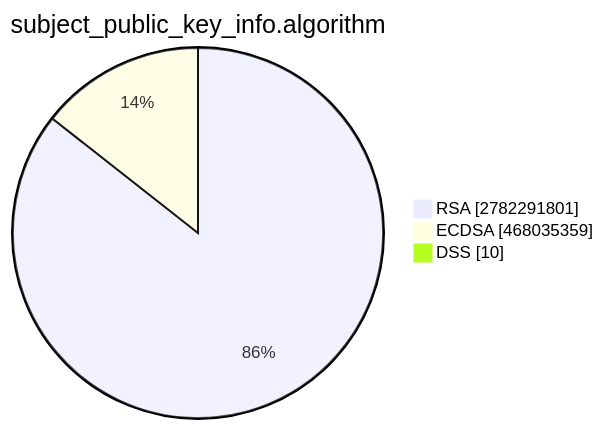
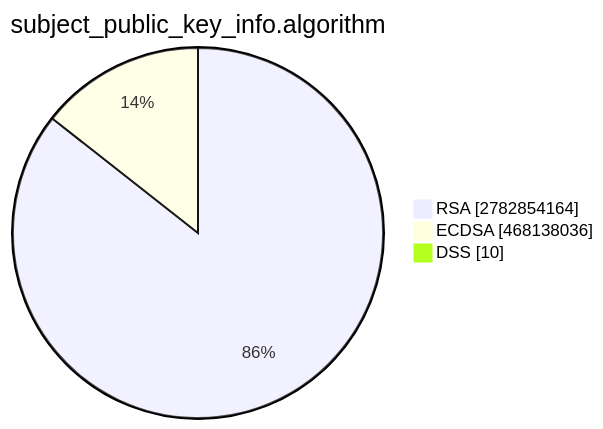
The second of 15 diagrams in TOTAL/README.md (christiankrug/ctmonitor_visualization), drawn with Mermaid before and after one commit. The commit also changed other lines of this file, not shown here.

````diff
--- a/TOTAL/README.md
+++ b/TOTAL/README.md
@@ -6,7 +6,7 @@
 ```mermaid
 pie showData
 title subject_public_key_info.algorithm
-"RSA" :2782291801
-"ECDSA" :468035359
+"RSA" :2782854164
+"ECDSA" :468138036
 "DSS" :10
 ```
````
